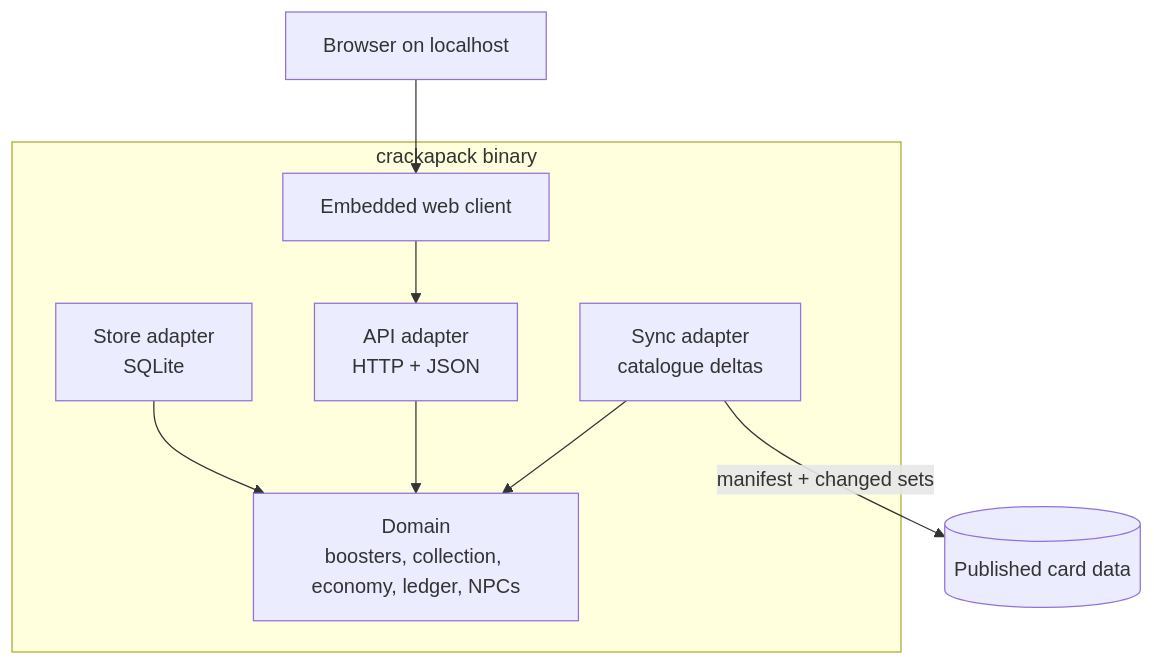
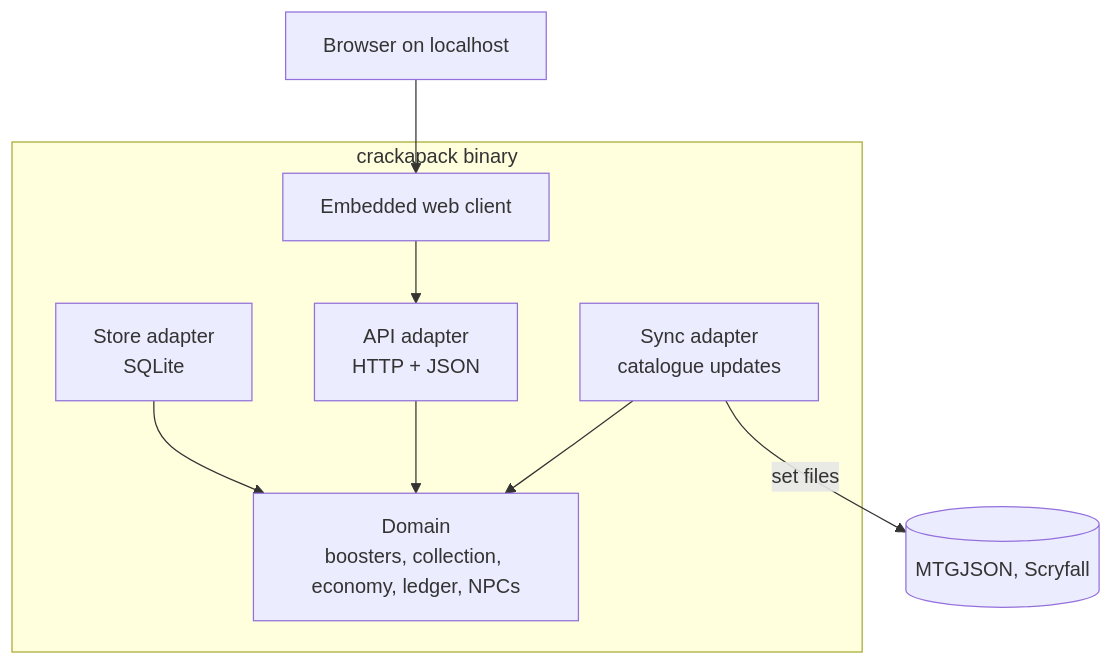
The diagram in docs/architecture.md (foutoucour/crackapack), drawn with Mermaid before and after one commit. The commit also changed other lines of this file and 6 other files, not shown here.

````diff
--- a/docs/architecture.md
+++ b/docs/architecture.md
@@ -10,16 +10,16 @@
 ```mermaid
 flowchart TB
     subgraph Binary["crackapack binary"]
         Domain["Domain<br/>boosters, collection, economy, ledger, NPCs"]
         Store["Store adapter<br/>SQLite"]
         API["API adapter<br/>HTTP + JSON"]
-        Sync["Sync adapter<br/>catalogue deltas"]
+        Sync["Sync adapter<br/>catalogue updates"]
         Web["Embedded web client"]
         Store --> Domain
         API --> Domain
         Sync --> Domain
         Web --> API
     end
-    Sync -->|manifest + changed sets| Releases[(Published card data)]
+    Sync -->|set files| Sources[(MTGJSON, Scryfall)]
     Browser[Browser on localhost] --> Web
 ```
````
